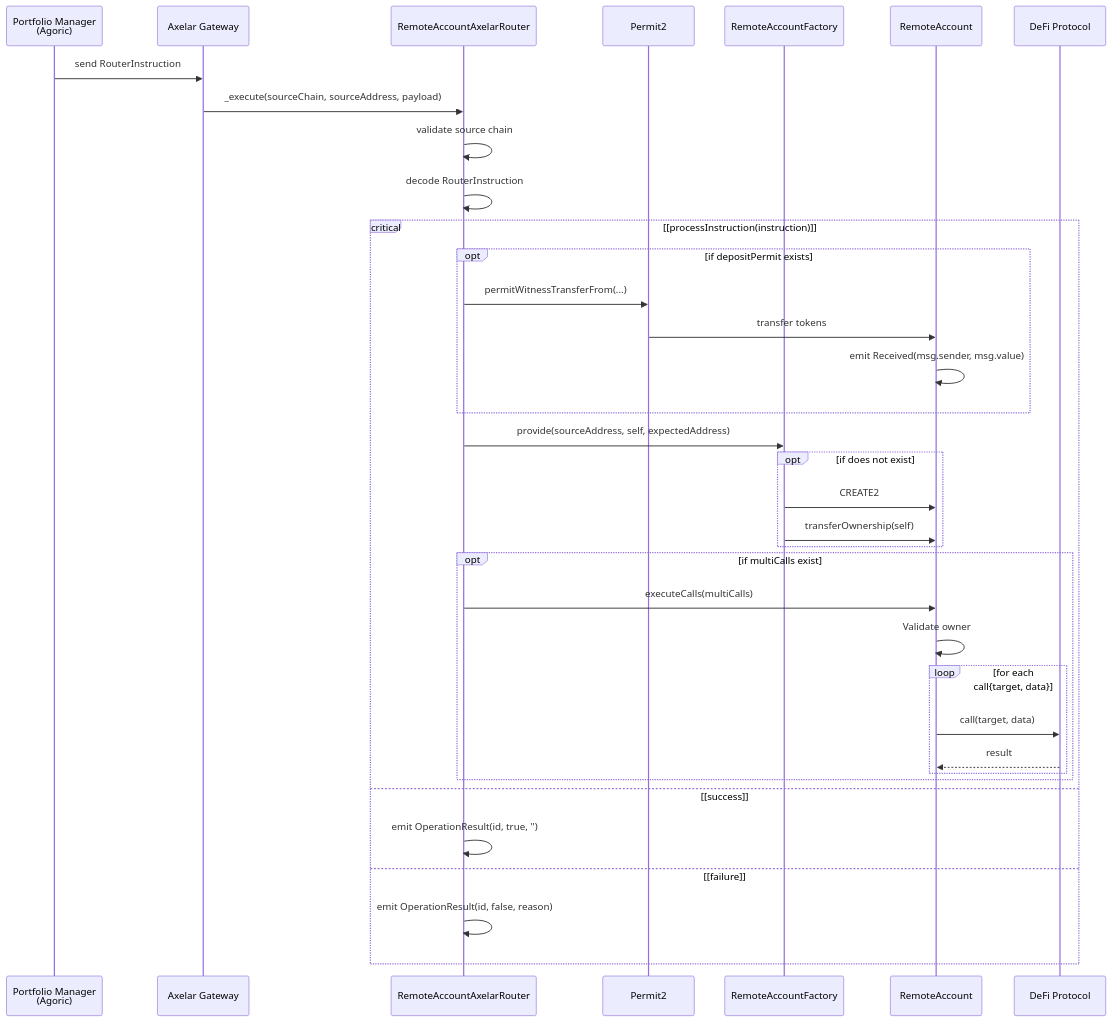
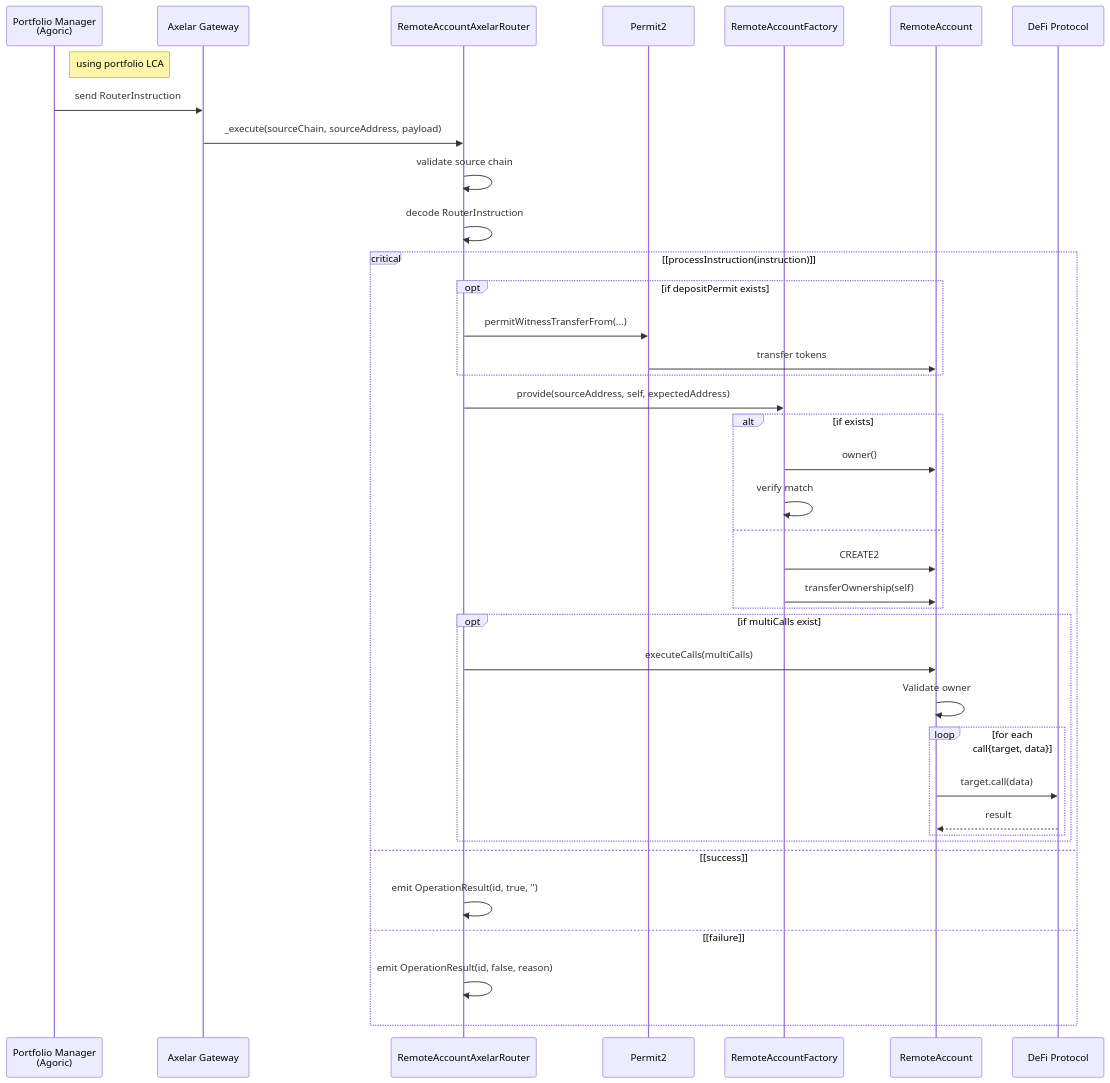
Before and after one commit to agoric-labs/agoric-to-axelar-local: the sixth of 8 diagrams in packages/axelar-local-dev-cosmos/src/contracts/design.md, drawn with Mermaid. The commit also changed other lines of this file, not shown here.

````diff
--- a/packages/axelar-local-dev-cosmos/src/contracts/design.md
+++ b/packages/axelar-local-dev-cosmos/src/contracts/design.md
@@ -304,43 +304,46 @@
 ```mermaid
 sequenceDiagram
     participant PM as Portfolio Manager<br/>(Agoric)
     participant AXL as Axelar Gateway
     participant PR as RemoteAccountAxelarRouter
     participant P2 as Permit2
     participant RAF as RemoteAccountFactory
     participant RA as RemoteAccount
     participant DEFI as DeFi Protocol
     
+    Note right of PM: using portfolio LCA
     PM->>AXL: send RouterInstruction
     AXL->>PR: _execute(sourceChain, sourceAddress, payload)
     
     PR->>PR: validate source chain
     PR->>PR: decode RouterInstruction
     
     critical [processInstruction(instruction)]
         opt if depositPermit exists
             PR->>P2: permitWitnessTransferFrom(...)
             P2->>RA: transfer tokens
-            RA->>RA: emit Received(msg.sender, msg.value)
         end
 
         PR->>RAF: provide(sourceAddress, self, expectedAddress)
-        opt if does not exist
+        alt if exists
+            RAF->>RA: owner()
+            RAF->>RAF: verify match
+        else
             RAF->>RA: CREATE2
             RAF->>RA: transferOwnership(self)
         end
 
         opt if multiCalls exist
             PR->>RA: executeCalls(multiCalls)
             RA->>RA: Validate owner
             loop for each call{target, data}
-                RA->>DEFI: call(target, data)
+                RA->>DEFI: target.call(data)
                 DEFI-->>RA: result
             end
         end
     option [success]
         PR->>PR: emit OperationResult(id, true, '')
     option [failure]
         PR->>PR: emit OperationResult(id, false, reason)
     end
 ```
````
